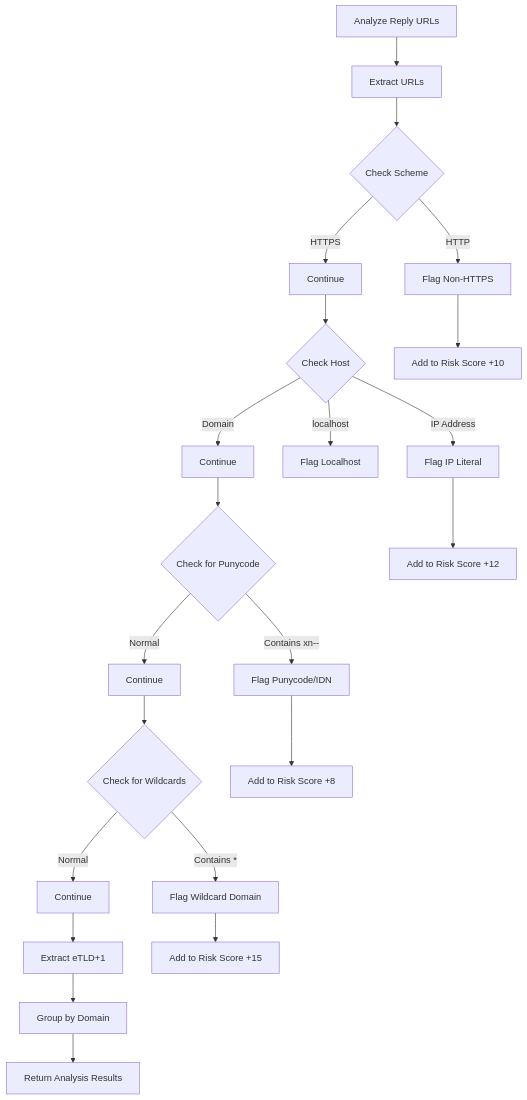
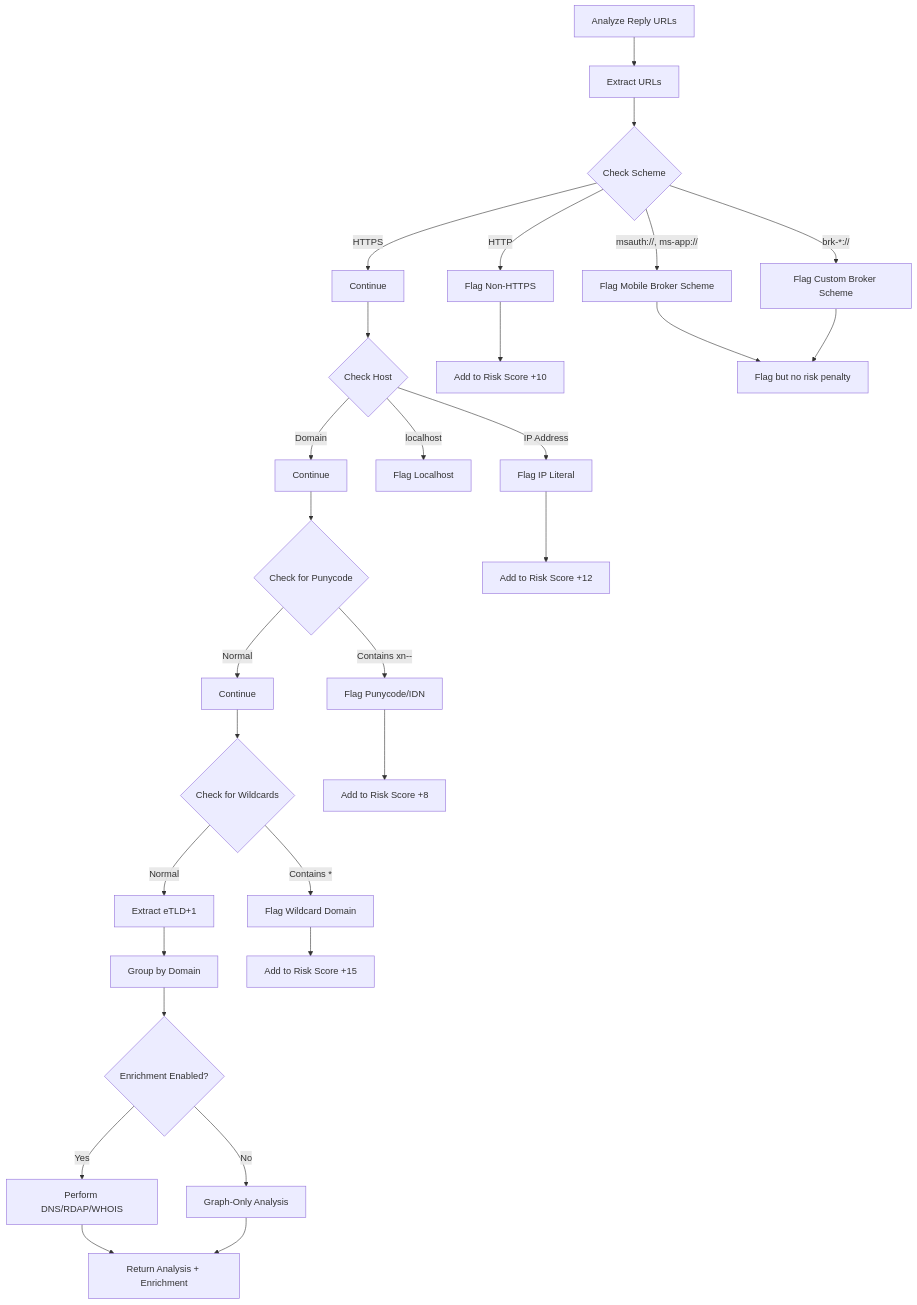
The fourth of 6 diagrams in docs/scanner.md (OID-See/OID-See), drawn with Mermaid before and after one commit. The commit also changed other lines of this file and 3 other files, not shown here.

Commit message:
Update documentation: README, scanner, schema, web-app enhancements

````diff
--- a/docs/scanner.md
+++ b/docs/scanner.md
@@ -144,29 +149,37 @@
 ```mermaid
 flowchart TD
     A[Analyze Reply URLs] --> B[Extract URLs]
     B --> C{Check Scheme}
     C -->|HTTP| D[Flag Non-HTTPS]
     C -->|HTTPS| E[Continue]
+    C -->|msauth://, ms-app://| F[Flag Mobile Broker Scheme]
+    C -->|brk-*://| G[Flag Custom Broker Scheme]
     
-    E --> F{Check Host}
-    F -->|IP Address| G[Flag IP Literal]
-    F -->|localhost| H[Flag Localhost]
-    F -->|Domain| I[Continue]
+    E --> H{Check Host}
+    H -->|IP Address| I[Flag IP Literal]
+    H -->|localhost| J[Flag Localhost]
+    H -->|Domain| K[Continue]
     
-    I --> J{Check for Punycode}
-    J -->|Contains xn--| K[Flag Punycode/IDN]
-    J -->|Normal| L[Continue]
+    K --> L{Check for Punycode}
+    L -->|Contains xn--| M[Flag Punycode/IDN]
+    L -->|Normal| N[Continue]
     
-    L --> M{Check for Wildcards}
-    M -->|Contains *| N[Flag Wildcard Domain]
-    M -->|Normal| O[Continue]
+    N --> O{Check for Wildcards}
+    O -->|Contains *| P[Flag Wildcard Domain]
+    O -->|Normal| Q[Extract eTLD+1]
     
-    O --> P[Extract eTLD+1]
-    P --> Q[Group by Domain]
-    Q --> R[Return Analysis Results]
+    Q --> R[Group by Domain]
+    R --> S{Enrichment Enabled?}
+    S -->|Yes| T[Perform DNS/RDAP/WHOIS]
+    S -->|No| U[Graph-Only Analysis]
     
-    D --> S[Add to Risk Score +10]
-    G --> T[Add to Risk Score +12]
-    K --> U[Add to Risk Score +8]
-    N --> V[Add to Risk Score +15]
+    T --> V[Return Analysis + Enrichment]
+    U --> V
+    
+    D --> W[Add to Risk Score +10]
+    F --> X[Flag but no risk penalty]
+    G --> X
+    I --> Y[Add to Risk Score +12]
+    M --> Z[Add to Risk Score +8]
+    P --> AA[Add to Risk Score +15]
 ```
````
